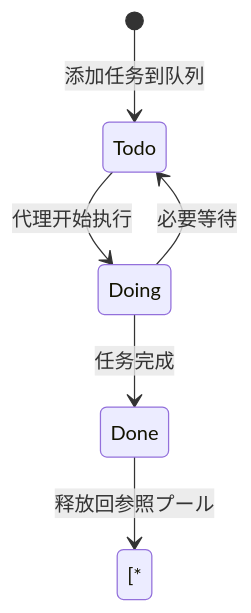
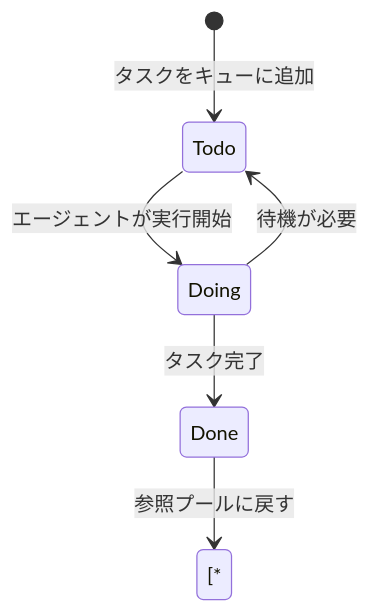
One commit to AlianBlank/GameFrameX.Docs changed the second of 3 diagrams in docs/ja/client/unity/component/core/09.task-pool.md. Above: the diagram before and after it, drawn with Mermaid. The commit also changed other lines of this file and 320 other files, not shown here.

````diff
--- a/docs/ja/client/unity/component/core/09.task-pool.md
+++ b/docs/ja/client/unity/component/core/09.task-pool.md
@@ -63,8 +63,8 @@
 ```mermaid
 stateDiagram-v2
-    [*] --> Todo: 添加任务到队列
-    Todo --> Doing: 代理开始执行
-    Doing --> Done: 任务完成
-    Doing --> Todo: 必要等待
-    Done --> [*: 释放回参照プール
+    [*] --> Todo: タスクをキューに追加
+    Todo --> Doing: エージェントが実行開始
+    Doing --> Done: タスク完了
+    Doing --> Todo: 待機が必要
+    Done --> [*: 参照プールに戻す
 ```
````
